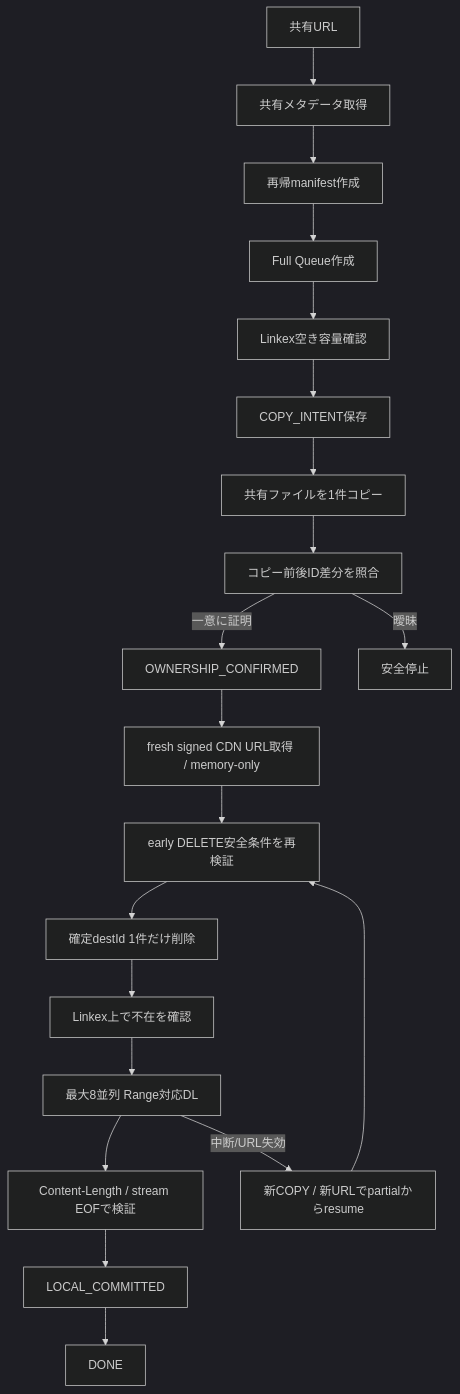
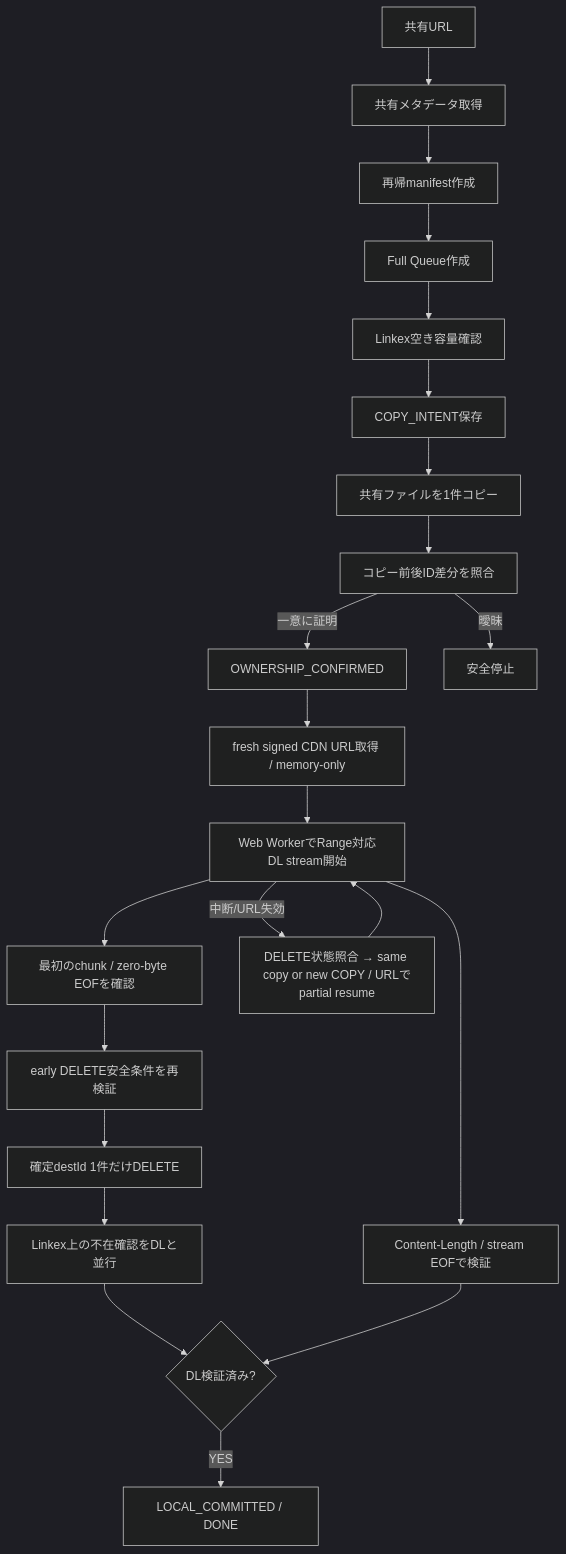
The first of 3 diagrams in docs/ARCHITECTURE.md (Hoyomaru/Linkex-Downloader), drawn with Mermaid (dark theme) before and after one commit. The commit also changed other lines of this file and 8 other files, not shown here.

````diff
--- a/docs/ARCHITECTURE.md
+++ b/docs/ARCHITECTURE.md
@@ -13,22 +13,24 @@
 ```mermaid
 flowchart TD
     A[共有URL] --> B[共有メタデータ取得]
     B --> C[再帰manifest作成]
     C --> D[Full Queue作成]
     D --> E[Linkex空き容量確認]
     E --> F[COPY_INTENT保存]
     F --> G[共有ファイルを1件コピー]
     G --> H[コピー前後ID差分を照合]
     H -->|一意に証明| I[OWNERSHIP_CONFIRMED]
     H -->|曖昧| X[安全停止]
     I --> J[fresh signed CDN URL取得 / memory-only]
-    J --> N[early DELETE安全条件を再検証]
-    N --> O[確定destId 1件だけ削除]
-    O --> P[Linkex上で不在を確認]
-    P --> K[最大8並列 Range対応DL]
+    J --> K[Web WorkerでRange対応DL stream開始]
+    K --> S[最初のchunk / zero-byte EOFを確認]
+    S --> N[early DELETE安全条件を再検証]
+    N --> O[確定destId 1件だけDELETE]
+    O --> P[Linkex上の不在確認をDLと並行]
     K --> L[Content-Length / stream EOFで検証]
-    L --> M[LOCAL_COMMITTED]
-    M --> Q[DONE]
-    K -->|中断/URL失効| R[新COPY / 新URLでpartialからresume]
-    R --> N
+    P --> Q{DL検証済み?}
+    L --> Q
+    Q -->|YES| M[LOCAL_COMMITTED / DONE]
+    K -->|中断/URL失効| R[DELETE状態照合 → same copy or new COPY / URLでpartial resume]
+    R --> K
 ```
````
